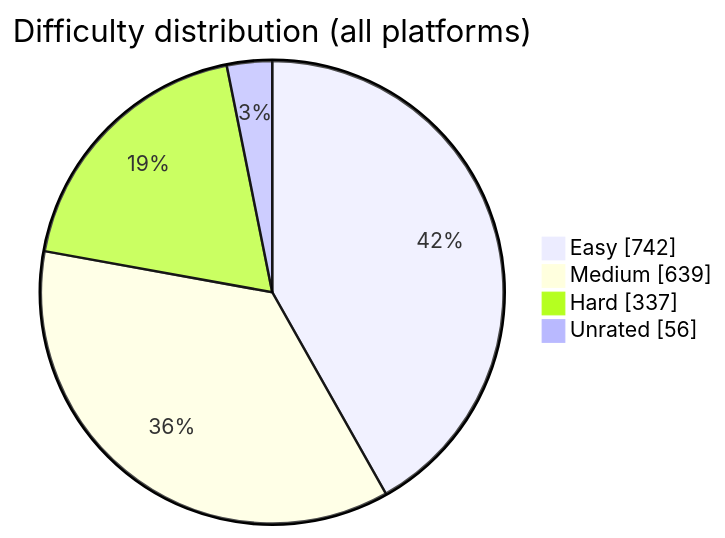
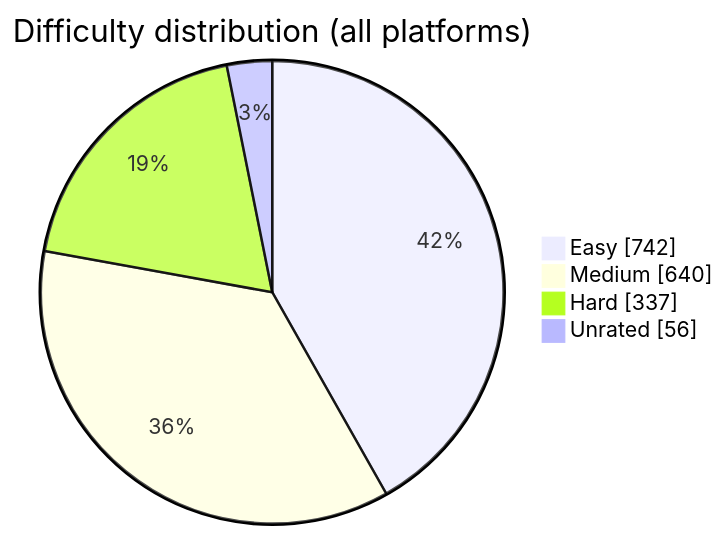
One commit to BuildbyArindam/Daily-Coding-Log changed the diagram in README.md. Above: the diagram before and after it, drawn with Mermaid. The commit also changed other lines of this file, not shown here.

````diff
--- a/README.md
+++ b/README.md
@@ -108,7 +108,7 @@
 ```mermaid
 pie showData title Difficulty distribution (all platforms)
     "Easy" : 742
-    "Medium" : 639
+    "Medium" : 640
     "Hard" : 337
     "Unrated" : 56
 ```
````
